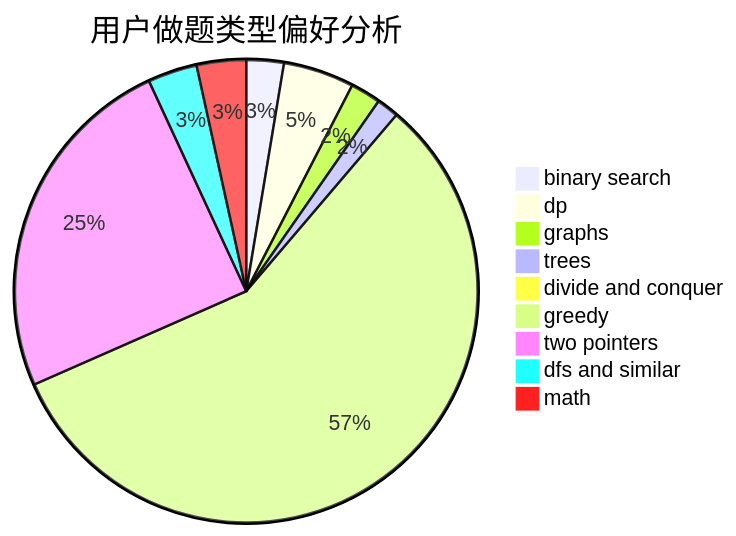
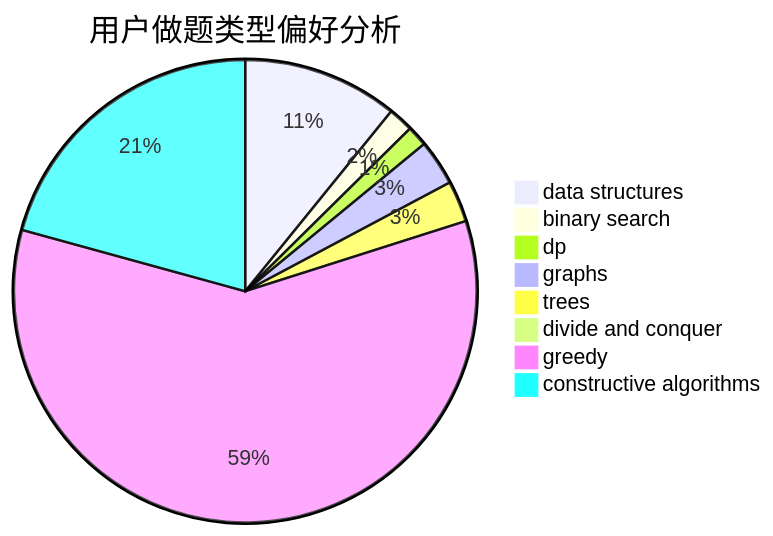
One commit to sherpahu/cfrs.github.io changed the second of 3 diagrams in docs/user/u2092.md. Above: the diagram before and after it, drawn with Mermaid. The commit also changed other lines of this file and 2775 other files, not shown here.

````diff
--- a/docs/user/u2092.md
+++ b/docs/user/u2092.md
@@ -23,12 +23,11 @@
 ```mermaid
 pie title 用户做题类型偏好分析
-    "binary search" :  47
-    "dp" :  89
-    "graphs" :  38
-    "trees" :  28
-    "divide and conquer" :  5
-    "greedy" :  1028
-    "two pointers" :  444
-    "dfs and similar" :  62
-    "math" :  62
+    "data structures" :  68
+    "binary search" :  11
+    "dp" :  9
+    "graphs" :  20
+    "trees" :  18
+    "divide and conquer" :  1
+    "greedy" :  371
+    "constructive algorithms" :  130
 ```
````
